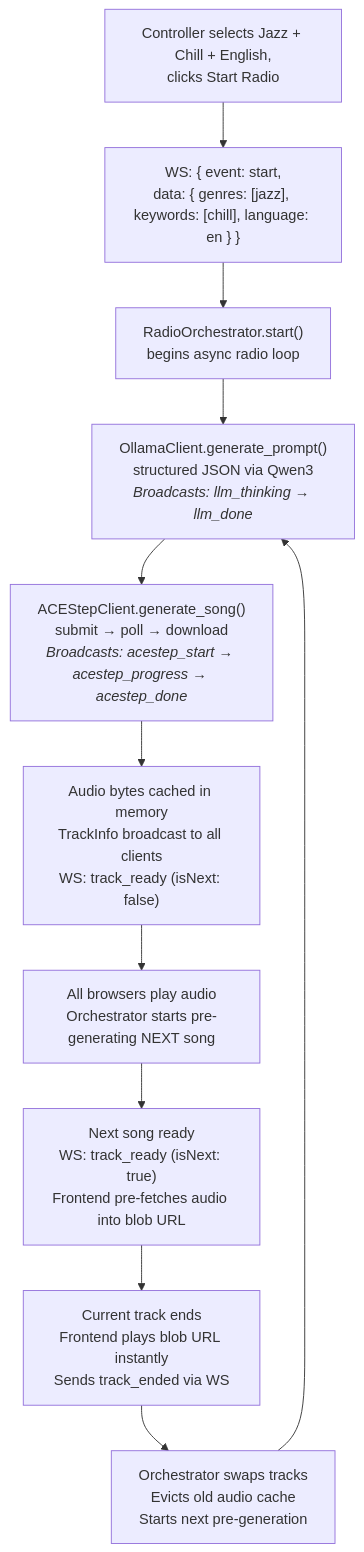
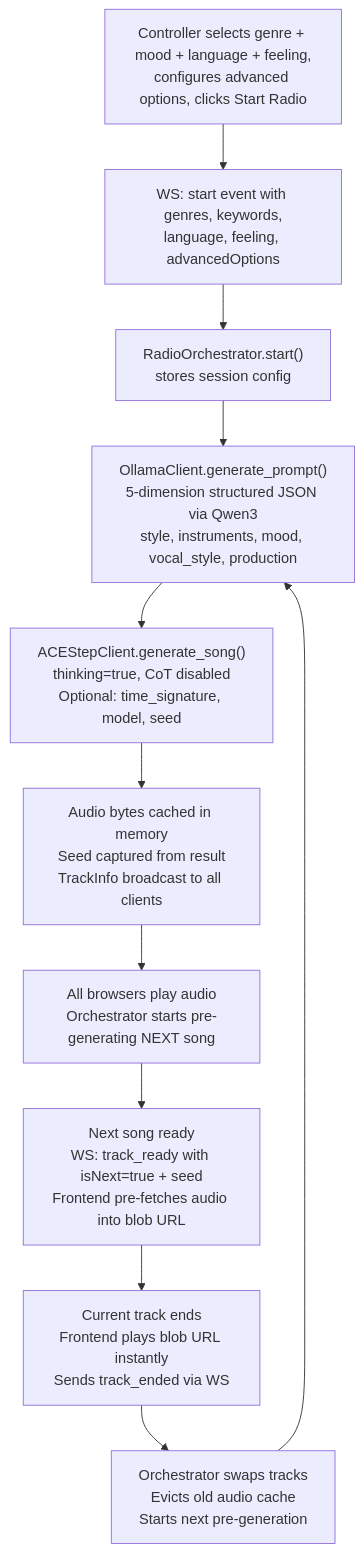
The second of 2 diagrams in BUILD_SPEC.md (scramblerlab/generative-radio), drawn with Mermaid before and after one commit. The commit also changed other lines of this file and 2 other files, not shown here.

First line of the commit message:
docs: BUILD_SPEC v2 reflecting all enhancements, update README

````diff
--- a/BUILD_SPEC.md
+++ b/BUILD_SPEC.md
@@ -88,13 +93,13 @@
 ```mermaid
 flowchart TD
-    A["Controller selects Jazz + Chill + English,<br/>clicks Start Radio"] --> B["WS: { event: start,<br/>data: { genres: [jazz], keywords: [chill], language: en } }"]
-    B --> C["RadioOrchestrator.start()<br/>begins async radio loop"]
-    C --> D["OllamaClient.generate_prompt()<br/>structured JSON via Qwen3<br/><i>Broadcasts: llm_thinking → llm_done</i>"]
-    D --> E["ACEStepClient.generate_song()<br/>submit → poll → download<br/><i>Broadcasts: acestep_start → acestep_progress → acestep_done</i>"]
-    E --> F["Audio bytes cached in memory<br/>TrackInfo broadcast to all clients<br/>WS: track_ready (isNext: false)"]
+    A["Controller selects genre + mood + language + feeling,<br/>configures advanced options, clicks Start Radio"] --> B["WS: start event with genres, keywords,<br/>language, feeling, advancedOptions"]
+    B --> C["RadioOrchestrator.start()<br/>stores session config"]
+    C --> D["OllamaClient.generate_prompt()<br/>5-dimension structured JSON via Qwen3<br/>style, instruments, mood, vocal_style, production"]
+    D --> E["ACEStepClient.generate_song()<br/>thinking=true, CoT disabled<br/>Optional: time_signature, model, seed"]
+    E --> F["Audio bytes cached in memory<br/>Seed captured from result<br/>TrackInfo broadcast to all clients"]
     F --> G["All browsers play audio<br/>Orchestrator starts pre-generating NEXT song"]
-    G --> H["Next song ready<br/>WS: track_ready (isNext: true)<br/>Frontend pre-fetches audio into blob URL"]
+    G --> H["Next song ready<br/>WS: track_ready with isNext=true + seed<br/>Frontend pre-fetches audio into blob URL"]
     H --> I["Current track ends<br/>Frontend plays blob URL instantly<br/>Sends track_ended via WS"]
     I --> J["Orchestrator swaps tracks<br/>Evicts old audio cache<br/>Starts next pre-generation"]
     J --> D
 ```
````
